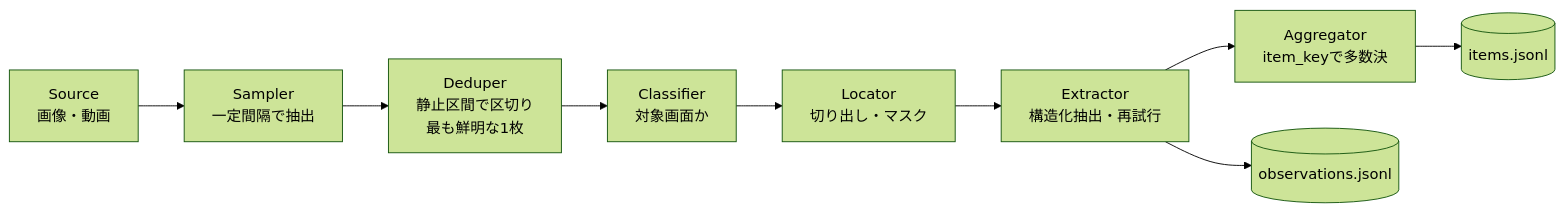
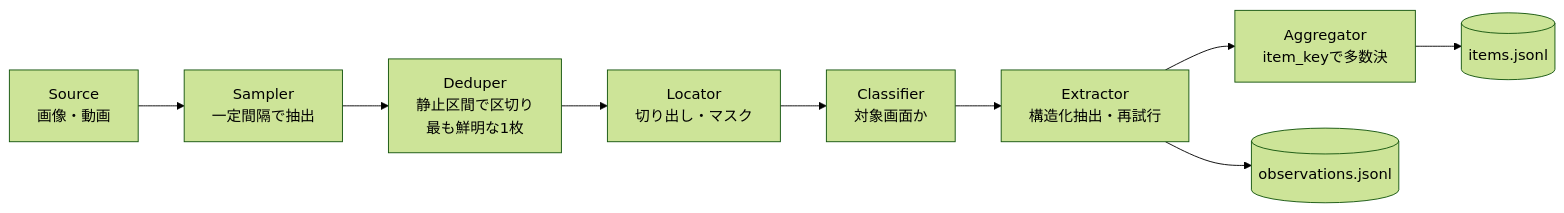
The diagram in docs/design.md (rysk-tanaka/framelift), drawn with Mermaid (forest theme) before and after one commit. The commit also changed other lines of this file and 14 other files, not shown here.

````diff
--- a/docs/design.md
+++ b/docs/design.md
@@ -69,11 +69,11 @@
 ```mermaid
 graph LR
     S[Source<br/>画像・動画] --> SM[Sampler<br/>一定間隔で抽出]
     SM --> DD[Deduper<br/>静止区間で区切り<br/>最も鮮明な1枚]
-    DD --> CL[Classifier<br/>対象画面か]
-    CL --> LO[Locator<br/>切り出し・マスク]
-    LO --> EX[Extractor<br/>構造化抽出・再試行]
+    DD --> LO[Locator<br/>切り出し・マスク]
+    LO --> CL[Classifier<br/>対象画面か]
+    CL --> EX[Extractor<br/>構造化抽出・再試行]
     EX --> AG[Aggregator<br/>item_keyで多数決]
     EX --> OB[(observations.jsonl)]
     AG --> IT[(items.jsonl)]
 ```
````
